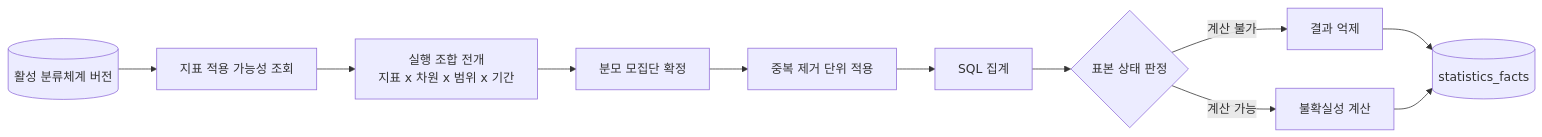
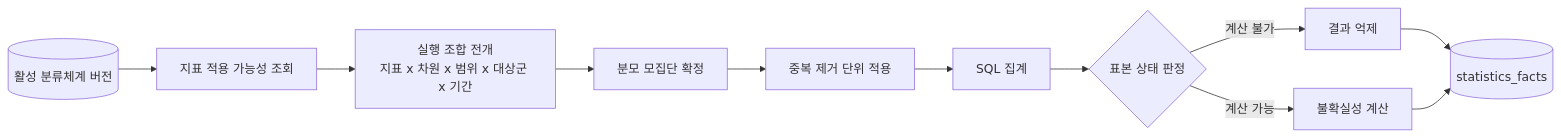
One commit to Mureung1/hub-showcase changed the second of 2 diagrams in docs/statistics-model.md. Above: the diagram before and after it, drawn with Mermaid. The commit also changed other lines of this file and 11 other files, not shown here.

````diff
--- a/docs/statistics-model.md
+++ b/docs/statistics-model.md
@@ -125,13 +125,13 @@
 ```mermaid
 flowchart LR
     A[("활성 분류체계 버전")] --> B["지표 적용 가능성 조회"]
-    B --> C["실행 조합 전개<br/>지표 x 차원 x 범위 x 기간"]
+    B --> C["실행 조합 전개<br/>지표 x 차원 x 범위 x 대상군 x 기간"]
     C --> D["분모 모집단 확정"]
     D --> E["중복 제거 단위 적용"]
     E --> F["SQL 집계"]
     F --> G{"표본 상태 판정"}
     G -->|"계산 불가"| H1["결과 억제"]
     G -->|"계산 가능"| H2["불확실성 계산"]
     H1 --> I[("statistics_facts")]
     H2 --> I
 ```
````
